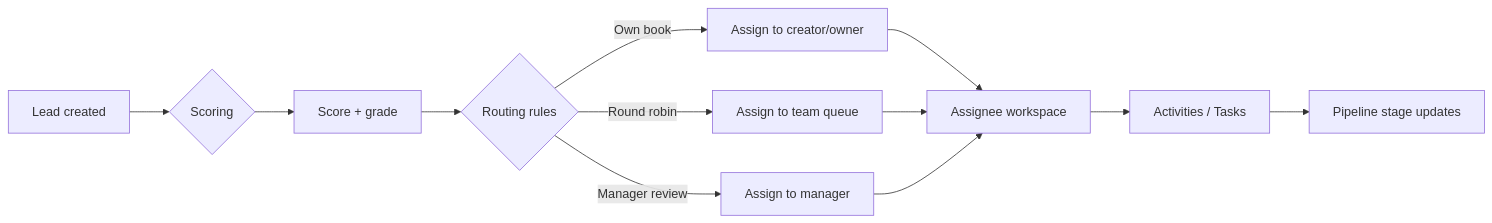
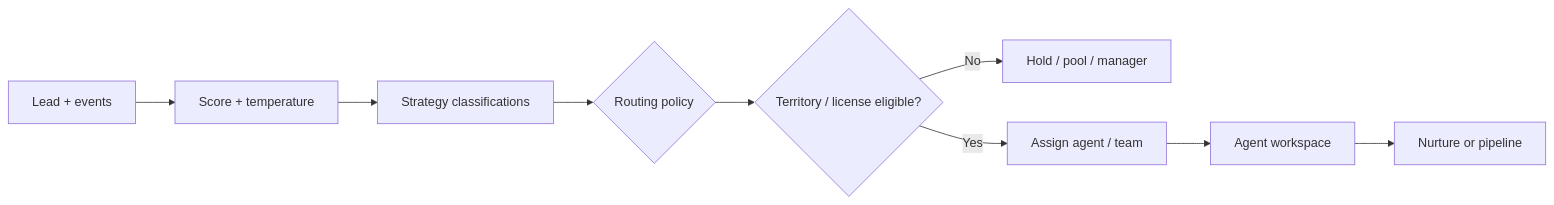
Before and after one commit to cegriffin1/FinancePlatform: the second of 2 diagrams in docs/campaign-and-lead-flow.md, drawn with Mermaid. The commit also changed other lines of this file and 78 other files, not shown here.

````diff
--- a/docs/campaign-and-lead-flow.md
+++ b/docs/campaign-and-lead-flow.md
@@ -48,14 +45,11 @@
 ```mermaid
 flowchart LR
-  A[Lead created] --> B{Scoring}
-  B --> C[Score + grade]
-  C --> D{Routing rules}
-  D -->|Own book| E[Assign to creator/owner]
-  D -->|Round robin| F[Assign to team queue]
-  D -->|Manager review| G[Assign to manager]
-  E --> H[Assignee workspace]
-  F --> H
-  G --> H
-  H --> I[Activities / Tasks]
-  I --> J[Pipeline stage updates]
+  A[Lead + events] --> B[Score + temperature]
+  B --> C[Strategy classifications]
+  C --> D{Routing policy}
+  D --> E{Territory / license eligible?}
+  E -->|No| F[Hold / pool / manager]
+  E -->|Yes| G[Assign agent / team]
+  G --> H[Agent workspace]
+  H --> I[Nurture or pipeline]
 ```
````
